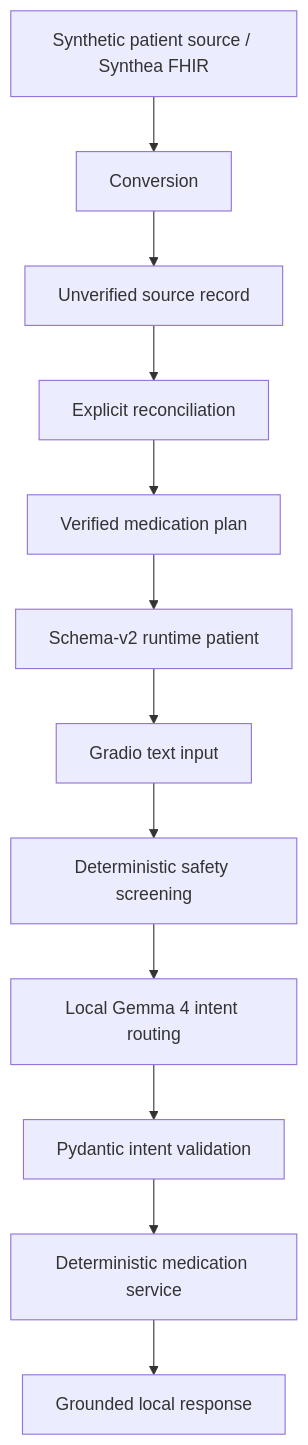
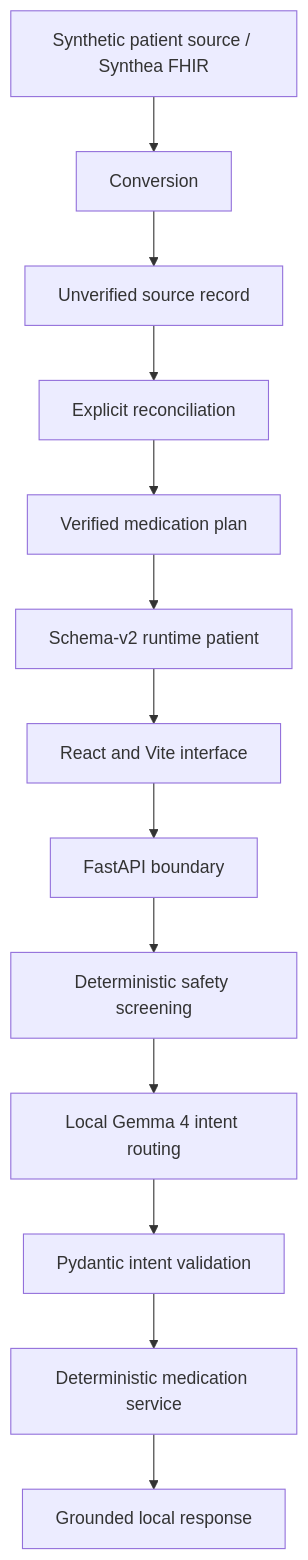
Before and after one commit to akshayatam/medicopilot: the diagram in README.md, drawn with Mermaid. The commit also changed other lines of this file and 30 other files, not shown here.

Commit message:
feat: convert gradio into react

````diff
--- a/README.md
+++ b/README.md
@@ -13,14 +13,15 @@
 ```mermaid
 flowchart TD
     A[Synthetic patient source / Synthea FHIR] --> B[Conversion]
     B --> C[Unverified source record]
     C --> D[Explicit reconciliation]
     D --> E[Verified medication plan]
     E --> F[Schema-v2 runtime patient]
-    F --> G[Gradio text input]
-    G --> H[Deterministic safety screening]
-    H --> I[Local Gemma 4 intent routing]
-    I --> J[Pydantic intent validation]
-    J --> K[Deterministic medication service]
-    K --> L[Grounded local response]
+    F --> G[React and Vite interface]
+    G --> H[FastAPI boundary]
+    H --> I[Deterministic safety screening]
+    I --> J[Local Gemma 4 intent routing]
+    J --> K[Pydantic intent validation]
+    K --> L[Deterministic medication service]
+    L --> M[Grounded local response]
 ```
````
